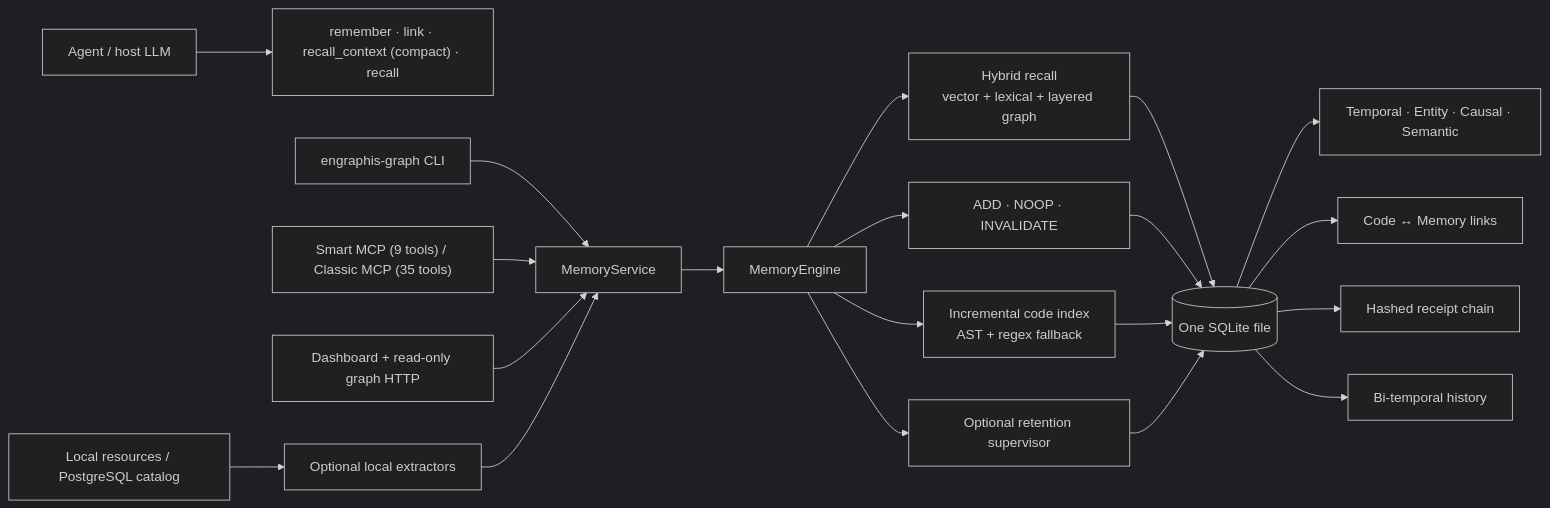
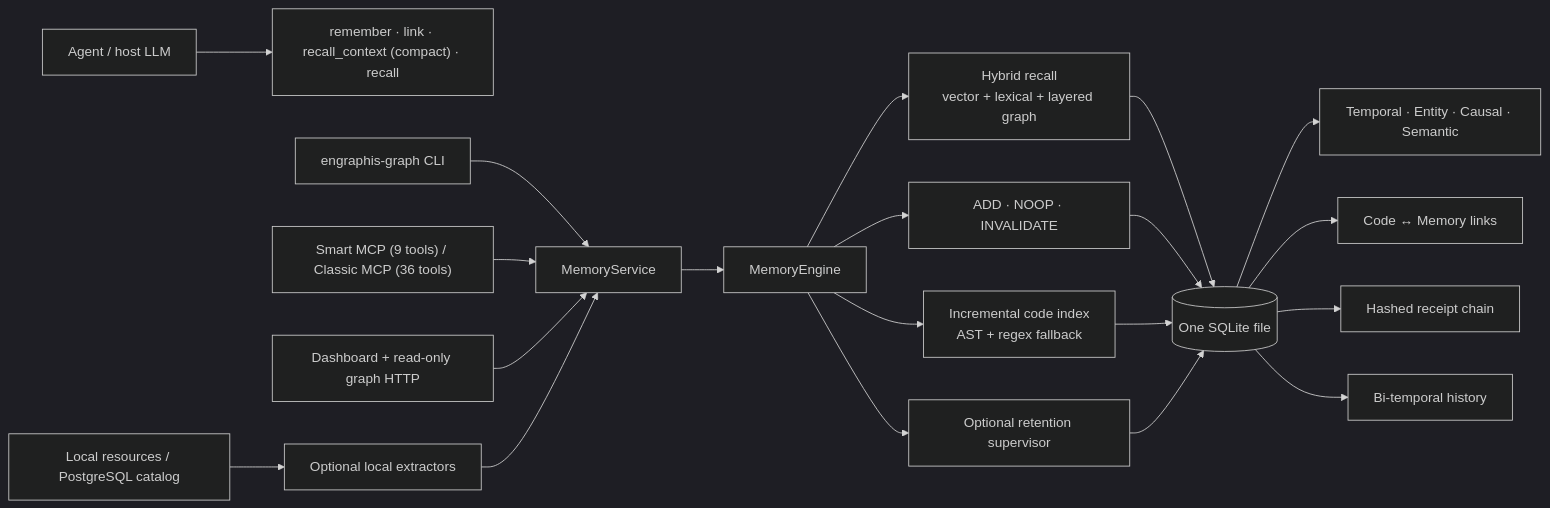
The diagram in docs/ARCHITECTURE_V3.md (Coding-Dev-Tools/engraphis), drawn with Mermaid (dark theme) before and after one commit. The commit also changed 16 other files, not shown here.

````diff
--- a/docs/ARCHITECTURE_V3.md
+++ b/docs/ARCHITECTURE_V3.md
@@ -7,25 +7,25 @@
 ```mermaid
 flowchart LR
     Agent["Agent / host LLM"] --> Intent["remember · link · recall_context (compact) · recall"]
     CLI["engraphis-graph CLI"] --> Service["MemoryService"]
-    MCP["Smart MCP (9 tools) / Classic MCP (35 tools)"] --> Service
+    MCP["Smart MCP (9 tools) / Classic MCP (36 tools)"] --> Service
     HTTP["Dashboard + read-only graph HTTP"] --> Service
     Import["Local resources / PostgreSQL catalog"] --> Extractors["Optional local extractors"]
     Extractors --> Service
 
     Service --> Engine["MemoryEngine"]
     Engine --> Recall["Hybrid recall\nvector + lexical + layered graph"]
     Engine --> Resolver["ADD · NOOP · INVALIDATE"]
     Engine --> Code["Incremental code index\nAST + regex fallback"]
     Engine --> Retention["Optional retention supervisor"]
 
     Recall --> SQLite[("One SQLite file")]
     Resolver --> SQLite
     Code --> SQLite
     Retention --> SQLite
 
     SQLite --> Layers["Temporal · Entity · Causal · Semantic"]
     SQLite --> Bridge["Code ↔ Memory links"]
     SQLite --> Receipts["Hashed receipt chain"]
     SQLite --> History["Bi-temporal history"]
 ```
````
